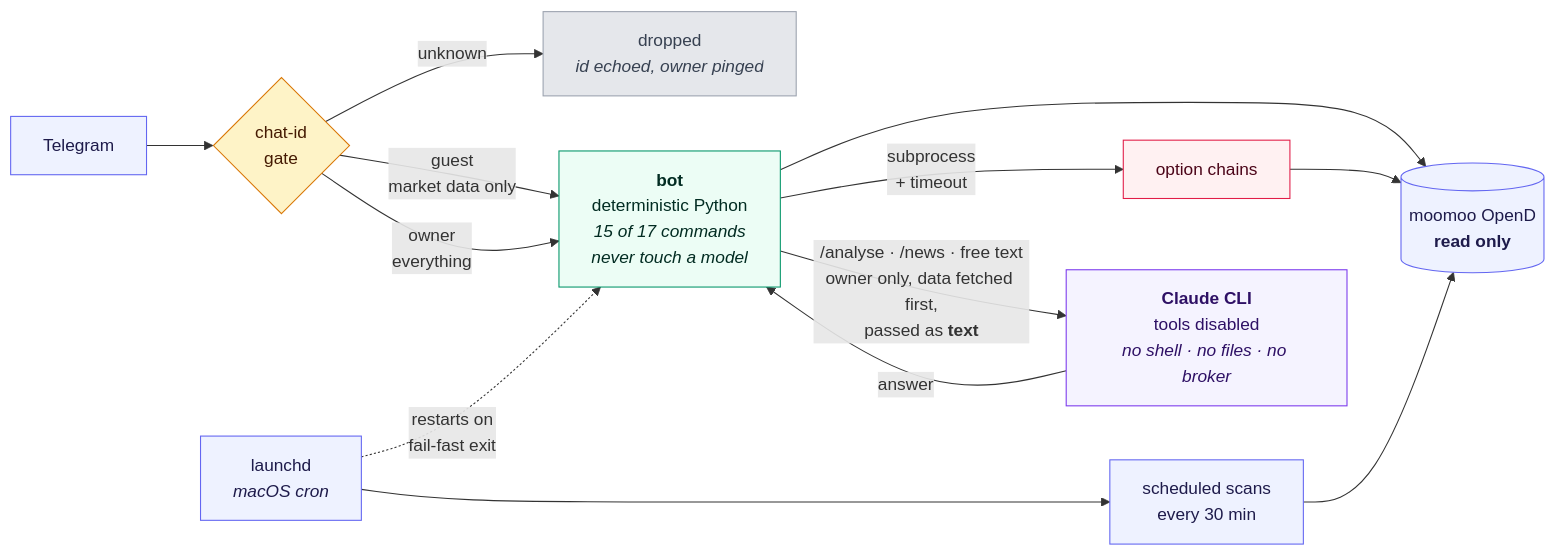
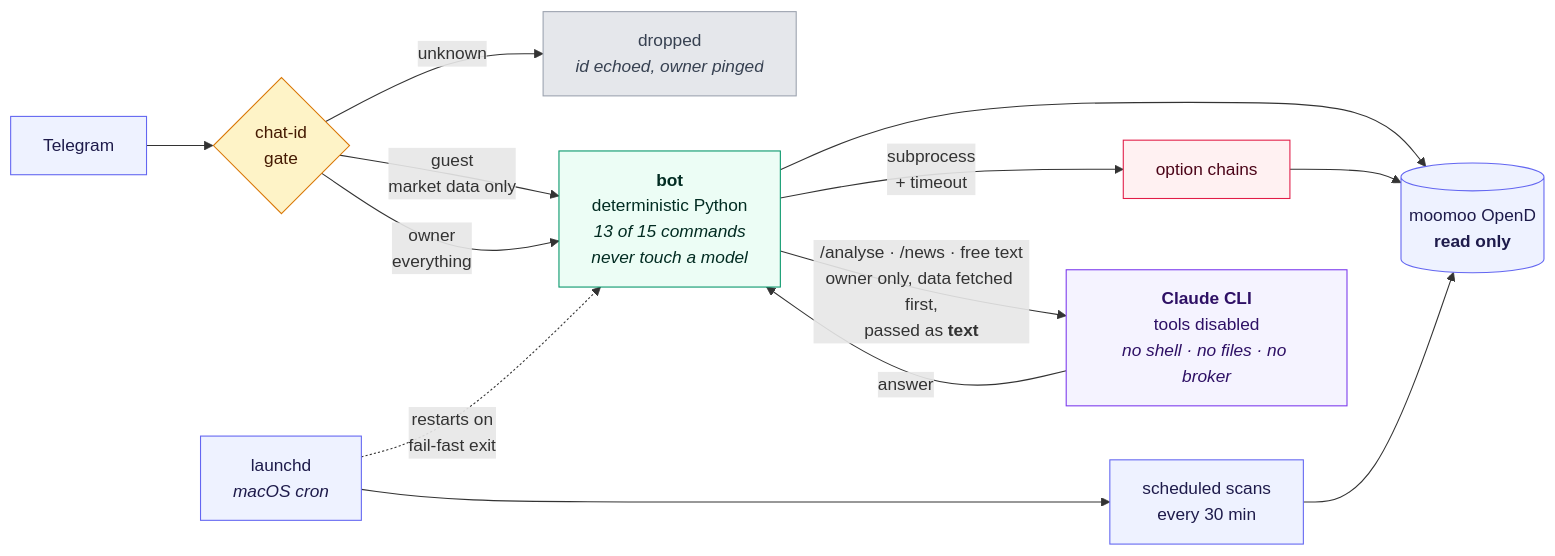
Before and after one commit to derricktan91/moomoo-wheel-bot: the first of 2 diagrams in README.md, drawn with Mermaid. The commit also changed other lines of this file and 5 other files, not shown here.

First line of the commit message:
Simplify the bot: merge duplicate commands

````diff
--- a/README.md
+++ b/README.md
@@ -197,31 +194,31 @@
 ```mermaid
 flowchart LR
     tg["Telegram"] --> gate{"chat-id<br/>gate"}
     gate -- "unknown" --> drop["dropped<br/><i>id echoed, owner pinged</i>"]
     gate -- "guest<br/>market data only" --> bot
-    gate -- "owner<br/>everything" --> bot["<b>bot</b><br/>deterministic Python<br/><i>15 of 17 commands<br/>never touch a model</i>"]
+    gate -- "owner<br/>everything" --> bot["<b>bot</b><br/>deterministic Python<br/><i>13 of 15 commands<br/>never touch a model</i>"]
 
     bot -- "subprocess<br/>+ timeout" --> chains["option chains"]
     bot --> opend[("moomoo OpenD<br/><b>read only</b>")]
     chains --> opend
     scan["scheduled scans<br/>every 30 min"] --> opend
 
     bot -- "/analyse · /news · free text<br/>owner only, data fetched first,<br/>passed as <b>text</b>" --> claude["<b>Claude CLI</b><br/>tools disabled<br/><i>no shell · no files · no broker</i>"]
     claude -- "answer" --> bot
 
     launchd["launchd<br/><i>macOS cron</i>"] -. "restarts on<br/>fail-fast exit" .-> bot
     launchd --> scan
 
     classDef ext fill:#eef2ff,stroke:#6366f1,color:#1e1b4b
     classDef gate fill:#fef3c7,stroke:#d97706,color:#451a03
     classDef core fill:#ecfdf5,stroke:#059669,color:#022c22
     classDef iso fill:#fff1f2,stroke:#e11d48,color:#4c0519
     classDef drop fill:#e5e7eb,stroke:#9ca3af,color:#374151
     classDef ai fill:#f5f3ff,stroke:#7c3aed,color:#2e1065
     class tg,opend,launchd,scan ext
     class gate gate
     class bot core
     class chains iso
     class drop drop
     class claude ai
 ```
````
